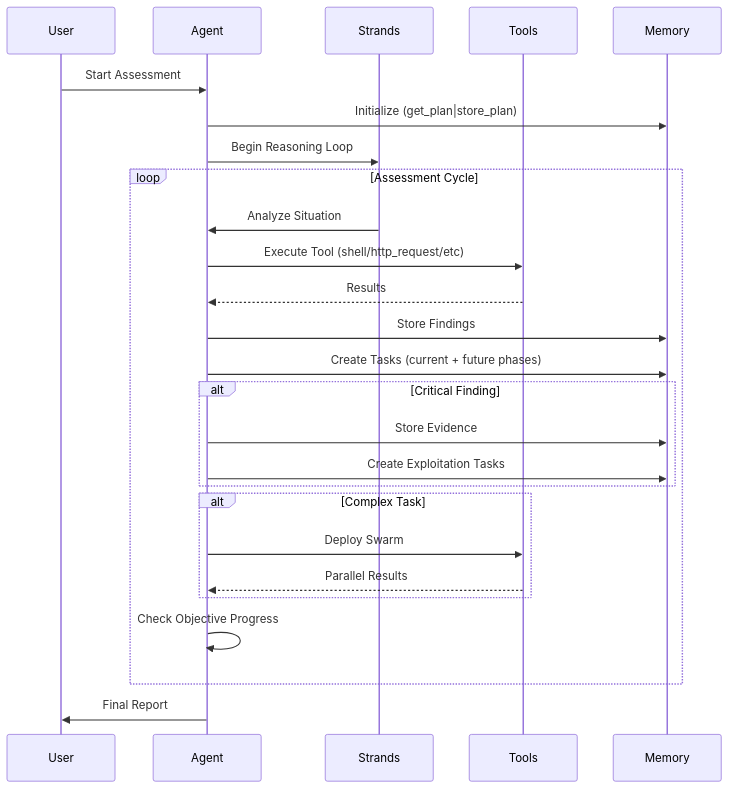
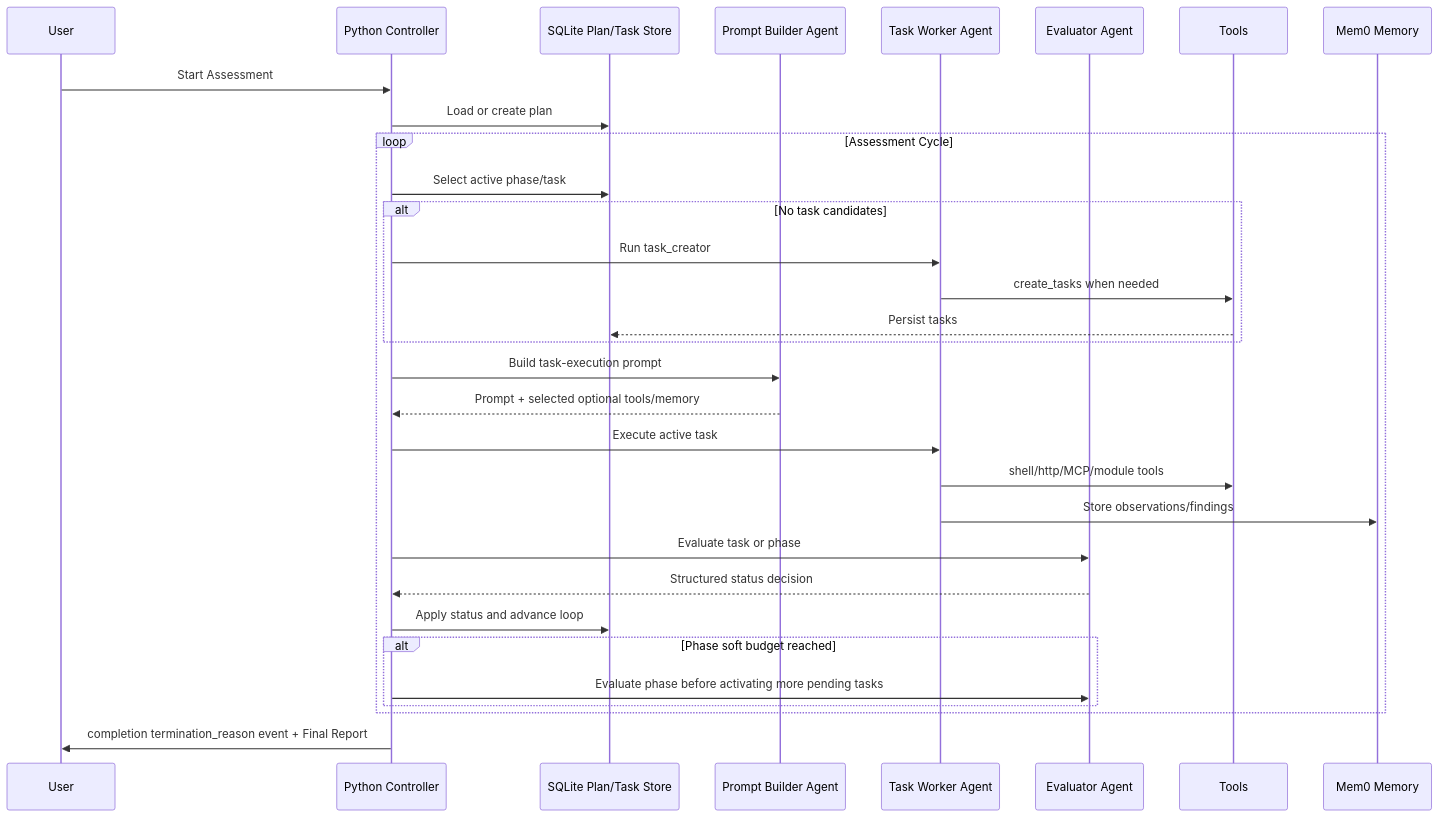
Before and after one commit to double16/Cyber-AutoAgent-ng: the second of 5 diagrams in docs/architecture.md, drawn with Mermaid. The commit also changed other lines of this file and 112 other files, not shown here.

````diff
--- a/docs/architecture.md
+++ b/docs/architecture.md
@@ -82,34 +98,38 @@
 ```mermaid
 sequenceDiagram
     participant User
-    participant Agent
-    participant Strands
+    participant Controller as Python Controller
+    participant State as SQLite Plan/Task Store
+    participant Builder as Prompt Builder Agent
+    participant Worker as Task Worker Agent
+    participant Eval as Evaluator Agent
     participant Tools
-    participant Memory
+    participant Memory as Mem0 Memory
     
-    User->>Agent: Start Assessment
-    Agent->>Memory: Initialize (get_plan|store_plan)
-    Agent->>Strands: Begin Reasoning Loop
+    User->>Controller: Start Assessment
+    Controller->>State: Load or create plan
     
     loop Assessment Cycle
-        Strands->>Agent: Analyze Situation
-        Agent->>Tools: Execute Tool (shell/http_request/etc)
-        Tools-->>Agent: Results
-        Agent->>Memory: Store Findings
-        Agent->>Memory: Create Tasks (current + future phases)
+        Controller->>State: Select active phase/task
+        alt No task candidates
+            Controller->>Worker: Run task_creator
+            Worker->>Tools: create_tasks when needed
+            Tools-->>State: Persist tasks
+        end
 
-        alt Critical Finding
-            Agent->>Memory: Store Evidence
-            Agent->>Memory: Create Exploitation Tasks
+        Controller->>Builder: Build task-execution prompt
+        Builder-->>Controller: Prompt + selected optional tools/memory
+        Controller->>Worker: Execute active task
+        Worker->>Tools: shell/http/MCP/module tools
+        Worker->>Memory: Store observations/findings
+        Controller->>Eval: Evaluate task or phase
+        Eval-->>Controller: Structured status decision
+        Controller->>State: Apply status and advance loop
+
+        alt Phase soft budget reached
+            Controller->>Eval: Evaluate phase before activating more pending tasks
         end
-        
-        alt Complex Task
-            Agent->>Tools: Deploy Swarm
-            Tools-->>Agent: Parallel Results
-        end
-        
-        Agent->>Agent: Check Objective Progress
     end
     
-    Agent->>User: Final Report
+    Controller->>User: completion termination_reason event + Final Report
 ```
````
